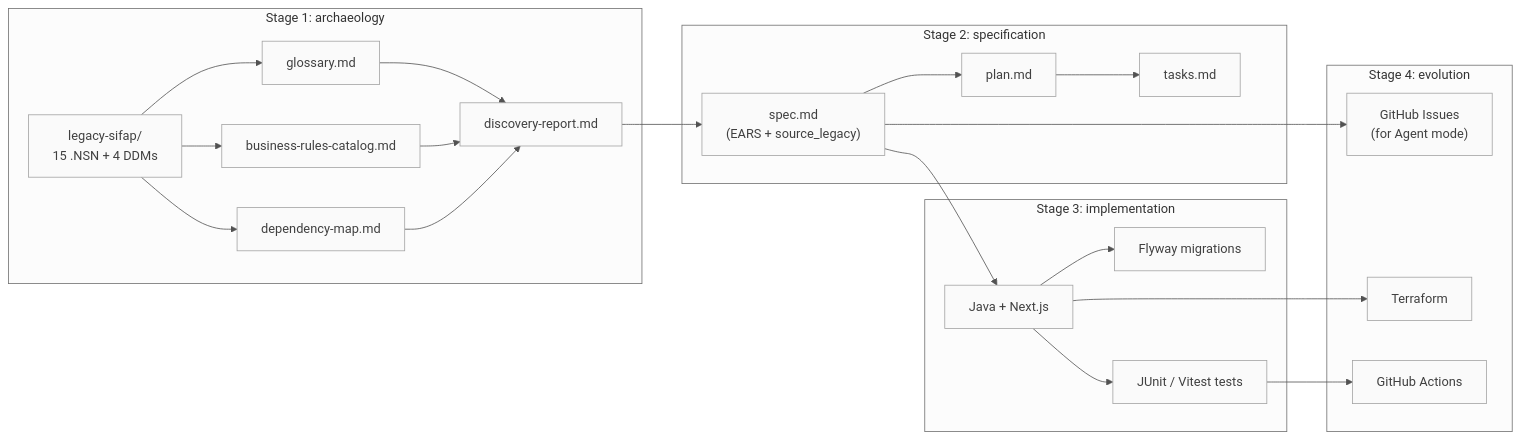
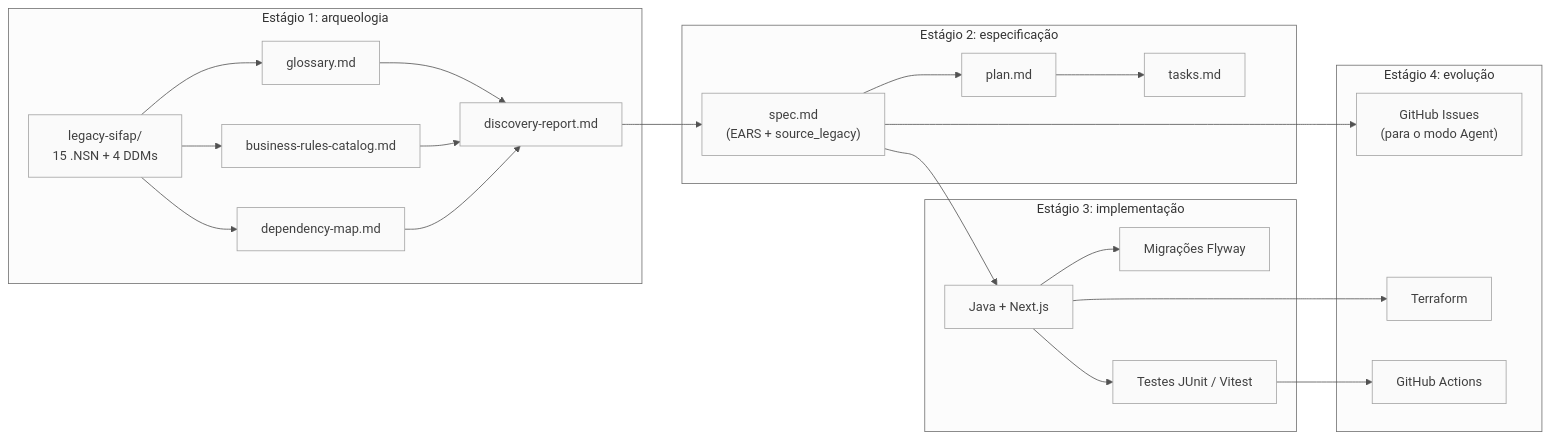
The second of 2 diagrams in 00-SITEMAP.md (paulasilvatech/datacorp-sifap-team-kit-pt-br), drawn with Mermaid before and after one commit. The commit also changed other lines of this file and 361 other files, not shown here.

````diff
--- a/00-SITEMAP.md
+++ b/00-SITEMAP.md
@@ -88,43 +88,43 @@
 ```mermaid
 %%{init: {'theme':'neutral','themeVariables':{'fontFamily':'ui-sans-serif, system-ui, sans-serif','primaryColor':'#F5F5F5','primaryTextColor':'#171717','primaryBorderColor':'#171717','lineColor':'#525252','secondaryColor':'#FFFFFF','tertiaryColor':'#FAFAFA','background':'#FFFFFF'}}}%%
 flowchart LR
     classDef step fill:#F5F5F5,stroke:#171717,color:#171717
     classDef artifact fill:#FAFAFA,stroke:#A3A3A3,color:#404040
     classDef result fill:#FFFFFF,stroke:#171717,color:#171717,stroke-width:2px
 
-    subgraph E1["Stage 1: archaeology"]
+    subgraph E1["Estágio 1: arqueologia"]
         LEGACY["legacy-sifap/<br/>15 .NSN + 4 DDMs"]:::artifact
         GLOSS["glossary.md"]:::artifact
         BR["business-rules-catalog.md"]:::artifact
         DEPS["dependency-map.md"]:::artifact
         REPORT["discovery-report.md"]:::artifact
     end
 
-    subgraph E2["Stage 2: specification"]
+    subgraph E2["Estágio 2: especificação"]
         SPEC["spec.md<br/>(EARS + source_legacy)"]:::artifact
         PLAN["plan.md"]:::artifact
         TASKS["tasks.md"]:::artifact
     end
 
-    subgraph E3["Stage 3: implementation"]
+    subgraph E3["Estágio 3: implementação"]
         CODE["Java + Next.js"]:::artifact
-        MIGS["Flyway migrations"]:::artifact
-        TESTS["JUnit / Vitest tests"]:::artifact
+        MIGS["Migrações Flyway"]:::artifact
+        TESTS["Testes JUnit / Vitest"]:::artifact
     end
 
-    subgraph E4["Stage 4: evolution"]
-        ISSUES["GitHub Issues<br/>(for Agent mode)"]:::artifact
+    subgraph E4["Estágio 4: evolução"]
+        ISSUES["GitHub Issues<br/>(para o modo Agent)"]:::artifact
         TF["Terraform"]:::artifact
         CI["GitHub Actions"]:::artifact
     end
 
     LEGACY --> GLOSS & BR & DEPS
     GLOSS & BR & DEPS --> REPORT
     REPORT --> SPEC
     SPEC --> PLAN --> TASKS
     SPEC --> CODE
     CODE --> TESTS & MIGS
     SPEC --> ISSUES
     CODE --> TF
     TESTS --> CI
 ```
````
